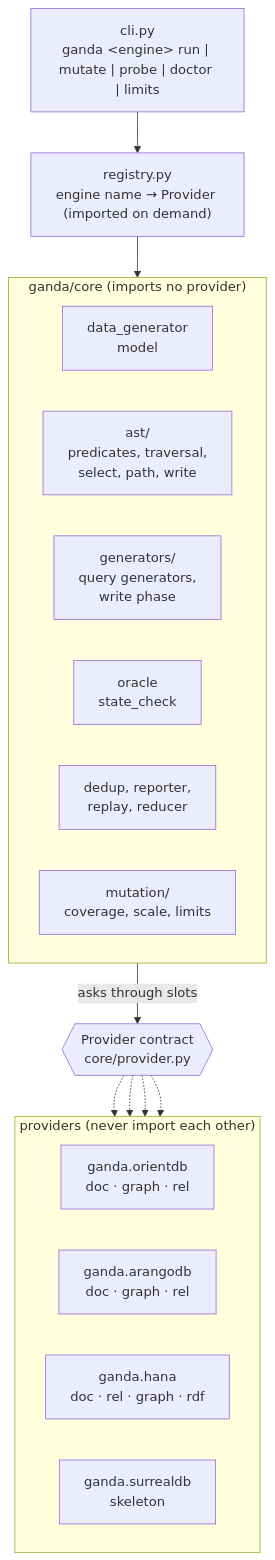
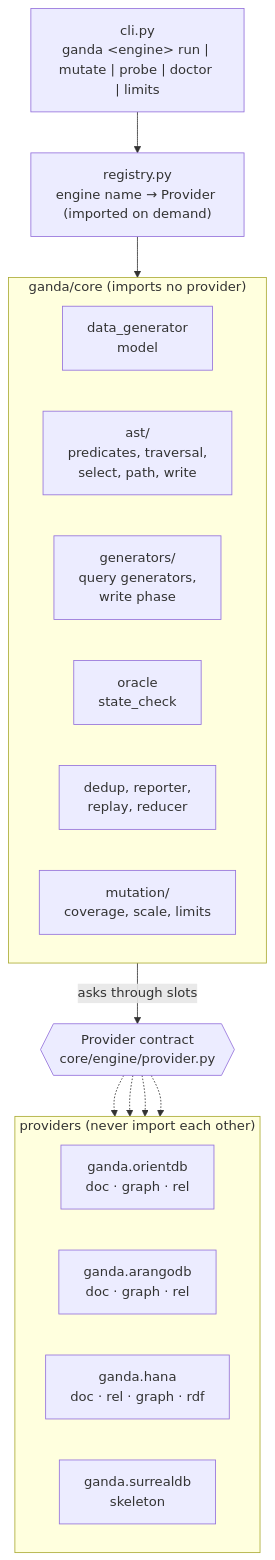
One commit to adoubleb/ganda changed the first of 2 diagrams in docs/architecture.md. Above: the diagram before and after it, drawn with Mermaid. The commit also changed other lines of this file and 181 other files, not shown here.

````diff
--- a/docs/architecture.md
+++ b/docs/architecture.md
@@ -15,30 +15,30 @@
 ```mermaid
 flowchart TB
     cli["cli.py<br/>ganda &lt;engine&gt; run | mutate | probe | doctor | limits"]
     reg["registry.py<br/>engine name → Provider (imported on demand)"]
     cli --> reg
 
     subgraph core["ganda/core (imports no provider)"]
         direction LR
         gen["data_generator<br/>model"]
         ast["ast/<br/>predicates, traversal,<br/>select, path, write"]
         qg["generators/<br/>query generators,<br/>write phase"]
         orc["oracle<br/>state_check"]
         out["dedup, reporter,<br/>replay, reducer"]
         mut["mutation/<br/>coverage, scale, limits"]
     end
 
-    contract{{"Provider contract<br/>core/provider.py"}}
+    contract{{"Provider contract<br/>core/engine/provider.py"}}
 
     subgraph providers["providers (never import each other)"]
         direction LR
         o["ganda.orientdb<br/>doc · graph · rel"]
         a["ganda.arangodb<br/>doc · graph · rel"]
         h["ganda.hana<br/>doc · rel · graph · rdf"]
         s["ganda.surrealdb<br/>skeleton"]
     end
 
     reg --> core
     core -- "asks through slots" --> contract
     contract -.-> o & a & h & s
 ```
````
